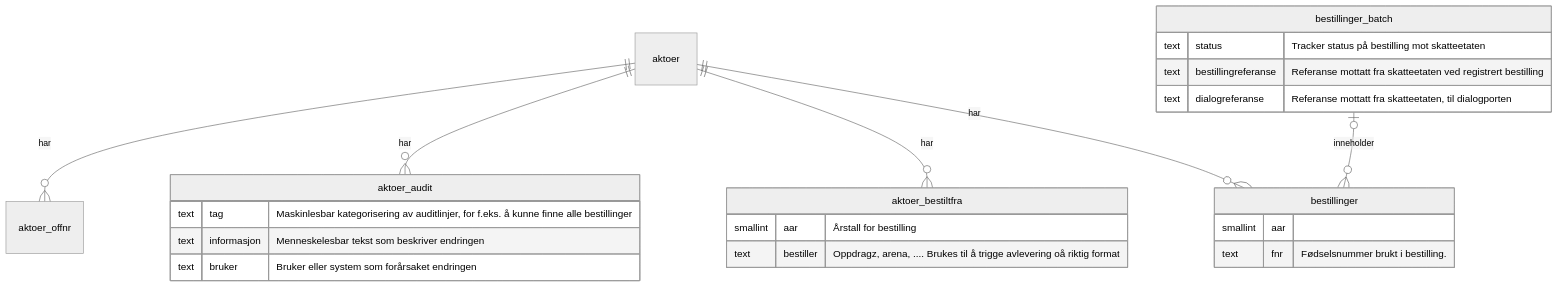
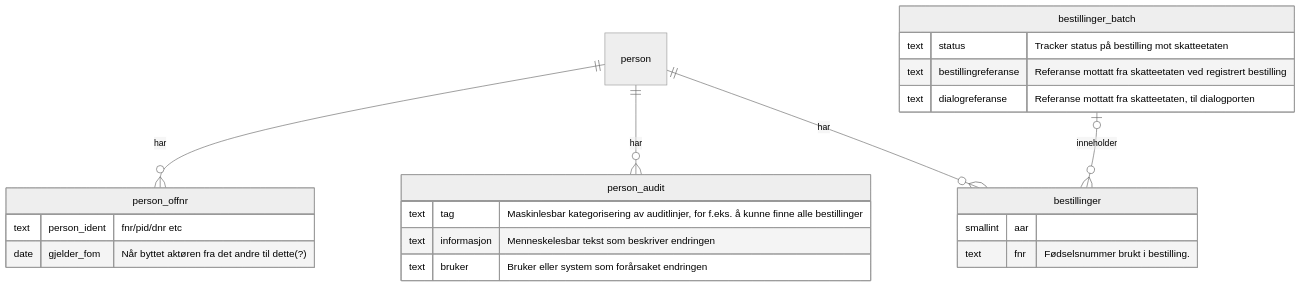
The fourth of 6 diagrams in README.md (navikt/sokos-skattekort), drawn with Mermaid (neutral theme) before and after one commit. The commit also changed other lines of this file and 25 other files, not shown here.

````diff
--- a/README.md
+++ b/README.md
@@ -131,28 +137,27 @@
 ```mermaid
 erDiagram
-    aktoer ||--o{ aktoer_offnr: har
-    aktoer ||--o{ aktoer_audit: har
-    aktoer ||--o{ aktoer_bestiltfra: har
-    aktoer ||--o{ bestillinger: har
+    person ||--o{ person_offnr: har
+    person ||--o{ person_audit: har
+    person ||--o{ bestillinger: har
     bestillinger_batch |o--o{ bestillinger: inneholder
-    aktoer{
+    person {
     }
-    aktoer_audit{
+    person_offnr {
+        text person_ident "fnr/pid/dnr etc"
+        date gjelder_fom "Når byttet aktøren fra det andre til dette(?)"
+    }
+    person_audit {
         text tag "Maskinlesbar kategorisering av auditlinjer, for f.eks. å kunne finne alle bestillinger"
         text informasjon "Menneskelesbar tekst som beskriver endringen"
         text bruker "Bruker eller system som forårsaket endringen"
     }
-    aktoer_bestiltfra {
-        smallint aar "Årstall for bestilling"
-        text     bestiller "Oppdragz, arena, .... Brukes til å trigge avlevering oå riktig format"
-    }
     bestillinger {
         smallint aar
-        text     fnr "Fødselsnummer brukt i bestilling."
+        text fnr "Fødselsnummer brukt i bestilling."
     }
     bestillinger_batch {
-        text    status "Tracker status på bestilling mot skatteetaten"
-        text    bestillingreferanse "Referanse mottatt fra skatteetaten ved registrert bestilling"
-        text    dialogreferanse "Referanse mottatt fra skatteetaten, til dialogporten"
+        text status "Tracker status på bestilling mot skatteetaten"
+        text bestillingreferanse "Referanse mottatt fra skatteetaten ved registrert bestilling"
+        text dialogreferanse "Referanse mottatt fra skatteetaten, til dialogporten"
     }
 ```
````
